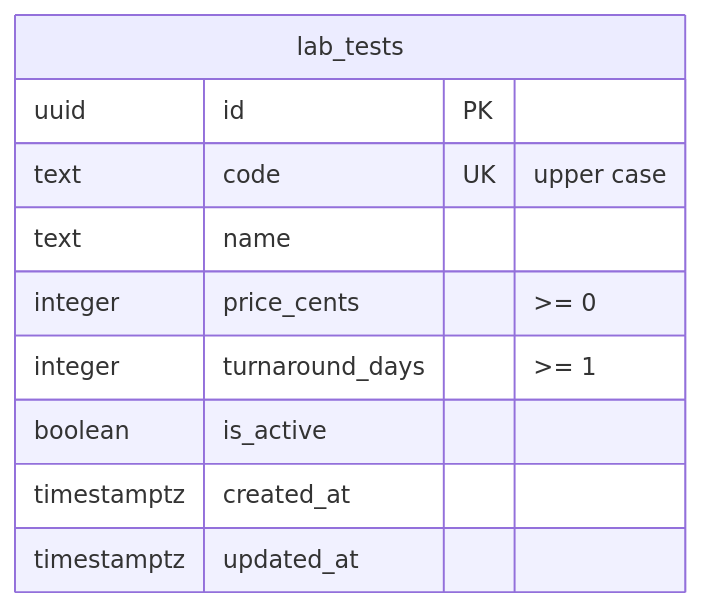
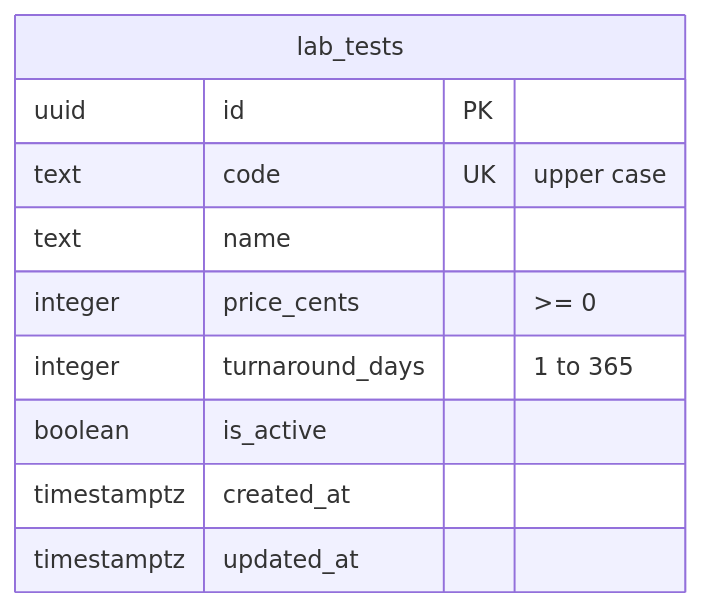
One commit to spencerolsen/eh-lab-orders-lite changed the diagram in docs/data-model.md. Above: the diagram before and after it, drawn with Mermaid. The commit also changed other lines of this file and 6 other files, not shown here.

First line of the commit message:
Cap a lab test's turnaround at 365 business days

````diff
--- a/docs/data-model.md
+++ b/docs/data-model.md
@@ -9,13 +9,13 @@
 ```mermaid
 erDiagram
   lab_tests {
     uuid id PK
     text code UK "upper case"
     text name
     integer price_cents ">= 0"
-    integer turnaround_days ">= 1"
+    integer turnaround_days "1 to 365"
     boolean is_active
     timestamptz created_at
     timestamptz updated_at
   }
 ```
````
